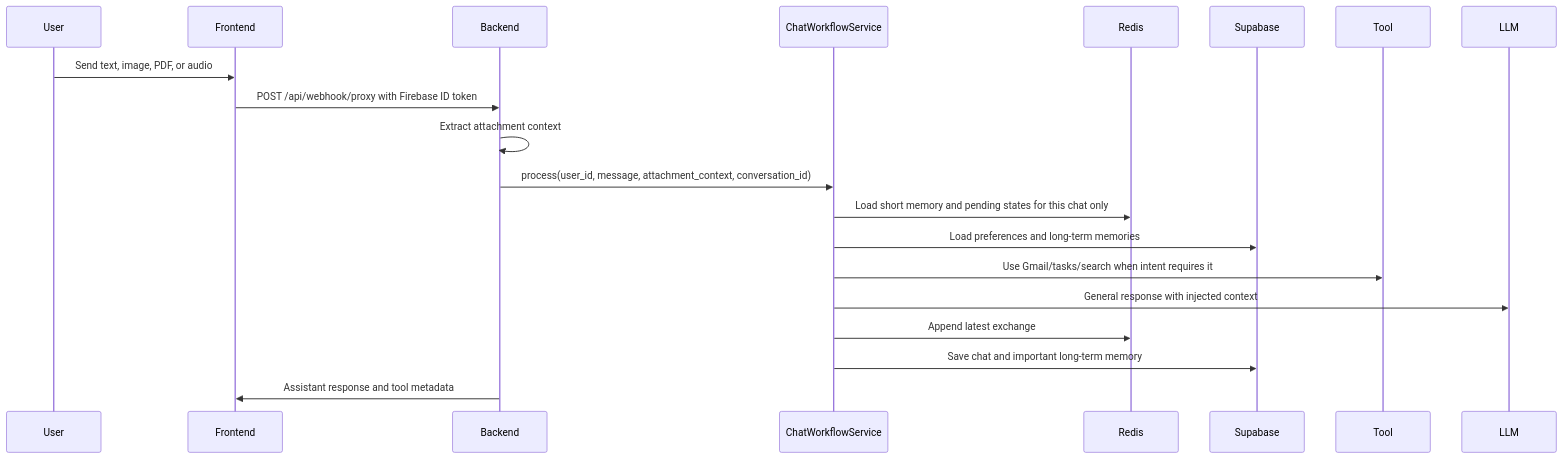
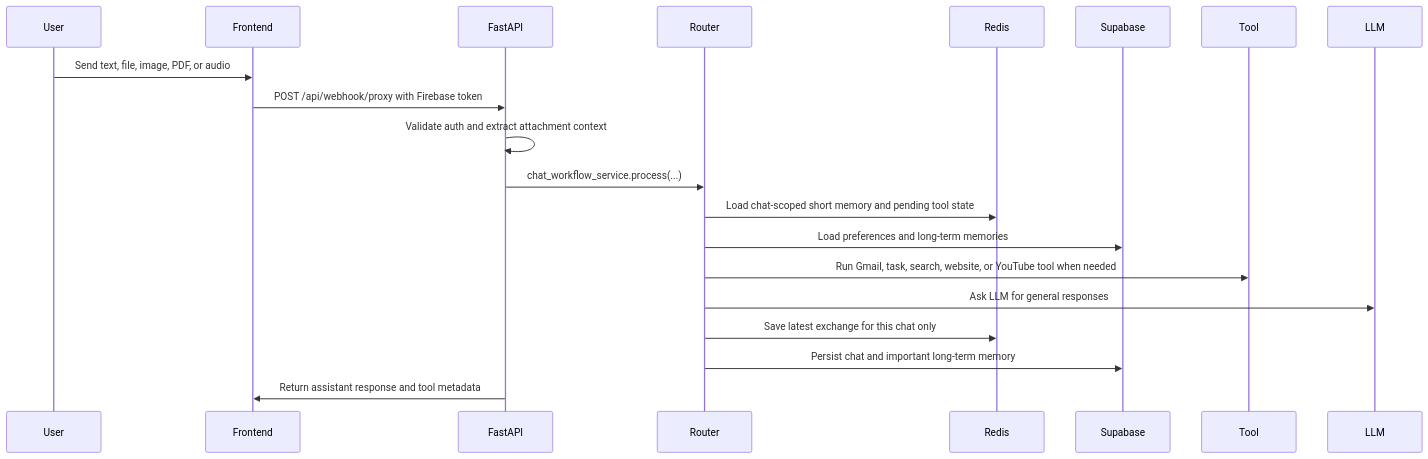
Before and after one commit to saikiranpulagalla/AgentCoolie: the second of 4 diagrams in README.md, drawn with Mermaid. The commit also changed other lines of this file and 48 other files, not shown here.

````diff
--- a/README.md
+++ b/README.md
@@ -57,23 +98,23 @@
 ```mermaid
 sequenceDiagram
-  participant User
-  participant Frontend
-  participant Backend
-  participant Router as ChatWorkflowService
-  participant Redis
-  participant Supabase
-  participant Tool
-  participant LLM
+  participant U as User
+  participant F as Frontend
+  participant B as FastAPI
+  participant R as Router
+  participant M as Redis
+  participant DB as Supabase
+  participant T as Tool
+  participant L as LLM
 
-  User->>Frontend: Send text, image, PDF, or audio
-  Frontend->>Backend: POST /api/webhook/proxy with Firebase ID token
-  Backend->>Backend: Extract attachment context
-  Backend->>Router: process(user_id, message, attachment_context, conversation_id)
-  Router->>Redis: Load short memory and pending states for this chat only
-  Router->>Supabase: Load preferences and long-term memories
-  Router->>Tool: Use Gmail/tasks/search when intent requires it
-  Router->>LLM: General response with injected context
-  Router->>Redis: Append latest exchange
-  Router->>Supabase: Save chat and important long-term memory
-  Backend->>Frontend: Assistant response and tool metadata
+  U->>F: Send text, file, image, PDF, or audio
+  F->>B: POST /api/webhook/proxy with Firebase token
+  B->>B: Validate auth and extract attachment context
+  B->>R: chat_workflow_service.process(...)
+  R->>M: Load chat-scoped short memory and pending tool state
+  R->>DB: Load preferences and long-term memories
+  R->>T: Run Gmail, task, search, website, or YouTube tool when needed
+  R->>L: Ask LLM for general responses
+  R->>M: Save latest exchange for this chat only
+  R->>DB: Persist chat and important long-term memory
+  B->>F: Return assistant response and tool metadata
 ```
````
